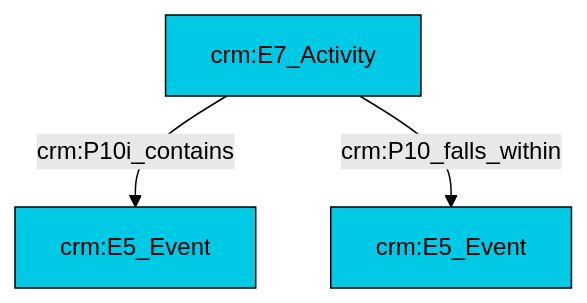
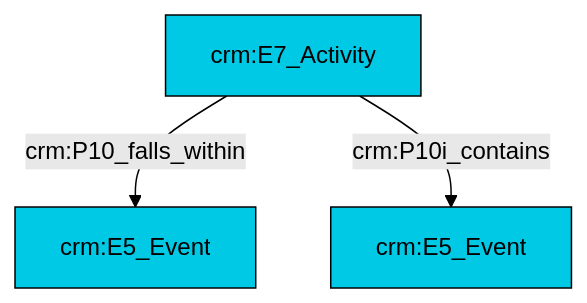
The diagram in et/eventCSV/ttl/mmd/event_parthood.ttl.mmd (swiss-art-research-net/reference-data-models), drawn with Mermaid (forest theme) before and after one commit. The commit also changed 131 other files, not shown here.

```diff
--- a/et/eventCSV/ttl/mmd/event_parthood.ttl.mmd
+++ b/et/eventCSV/ttl/mmd/event_parthood.ttl.mmd
@@ -1,17 +1,17 @@
 graph TD
 classDef Literal fill:#f2f2f2,stroke:#000000;
 classDef CRM_Entity fill:#FFFFFF,stroke:#000000;
 classDef Temporal_Entity fill:#00C9E6, stroke:#000000;
 classDef Type fill:#E18312, stroke:#000000;
 classDef Time-Span fill:#2C9C91, stroke:#000000;
 classDef Appellation fill:#FFEB7F, stroke:#000000;
 classDef Place fill:#008836, stroke:#000000;
 classDef Persistent_Item fill:#B266B2, stroke:#000000;
 classDef Conceptual_Object fill:#FFD700, stroke:#000000;
 classDef Physical_Thing fill:#D2B48C, stroke:#000000;
 classDef Actor fill:#f58aad, stroke:#000000;
 classDef PC_Classes fill:#4ce600, stroke:#000000;
 classDef Multi fill:#cccccc,stroke:#000000;
 
-0["crm:E7_Activity"]:::Temporal_Entity -->|crm:P10i_contains| 4["crm:E5_Event"]:::Temporal_Entity
-0["crm:E7_Activity"]:::Temporal_Entity -->|crm:P10_falls_within| 2["crm:E5_Event"]:::Temporal_Entity
+2["crm:E7_Activity"]:::Temporal_Entity -->|crm:P10_falls_within| 0["crm:E5_Event"]:::Temporal_Entity
+2["crm:E7_Activity"]:::Temporal_Entity -->|crm:P10i_contains| 3["crm:E5_Event"]:::Temporal_Entity
```
